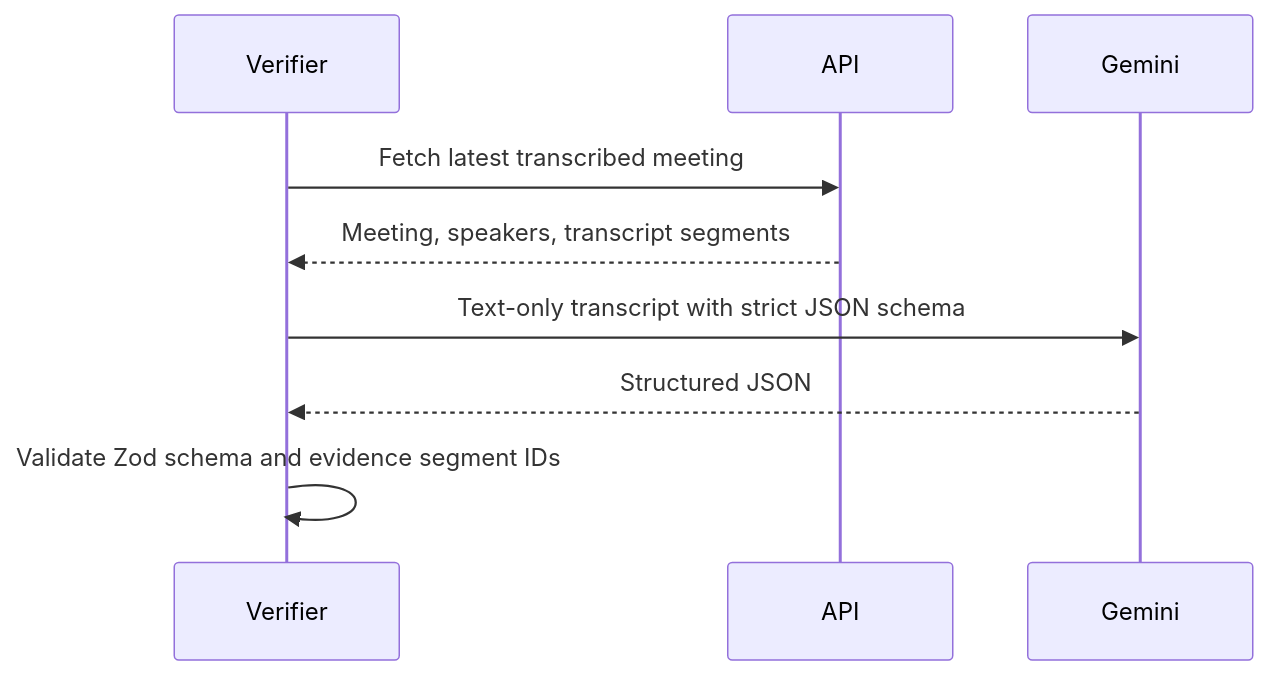
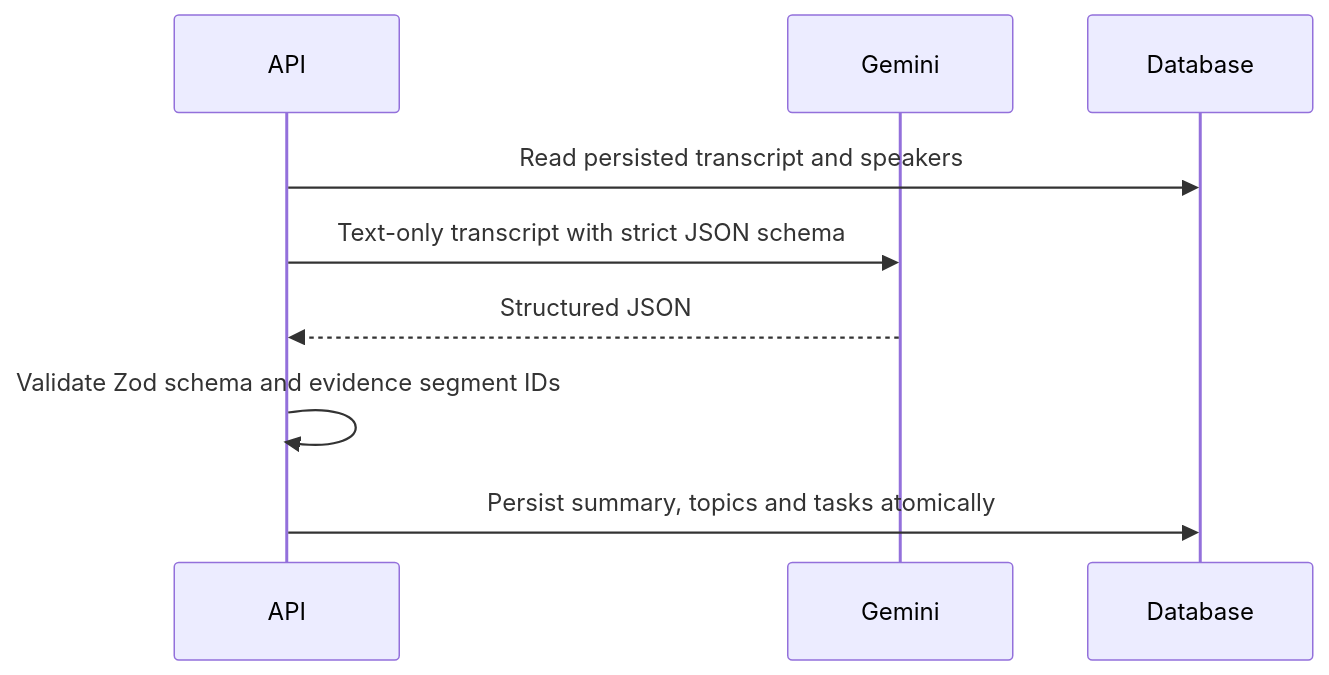
Before and after one commit to nipun172006/ScribeFlow: the fourth of 6 diagrams in docs/ARCHITECTURE.md, drawn with Mermaid. The commit also changed other lines of this file and 17 other files, not shown here.

Commit message:
feat: persist Gemini meeting analysis

````diff
--- a/docs/ARCHITECTURE.md
+++ b/docs/ARCHITECTURE.md
@@ -128,12 +128,12 @@
 ```mermaid
 sequenceDiagram
-  participant Verifier
   participant API
   participant Gemini
+  participant Database
 
-  Verifier->>API: Fetch latest transcribed meeting
-  API-->>Verifier: Meeting, speakers, transcript segments
-  Verifier->>Gemini: Text-only transcript with strict JSON schema
-  Gemini-->>Verifier: Structured JSON
-  Verifier->>Verifier: Validate Zod schema and evidence segment IDs
+  API->>Database: Read persisted transcript and speakers
+  API->>Gemini: Text-only transcript with strict JSON schema
+  Gemini-->>API: Structured JSON
+  API->>API: Validate Zod schema and evidence segment IDs
+  API->>Database: Persist summary, topics and tasks atomically
 ```
````
